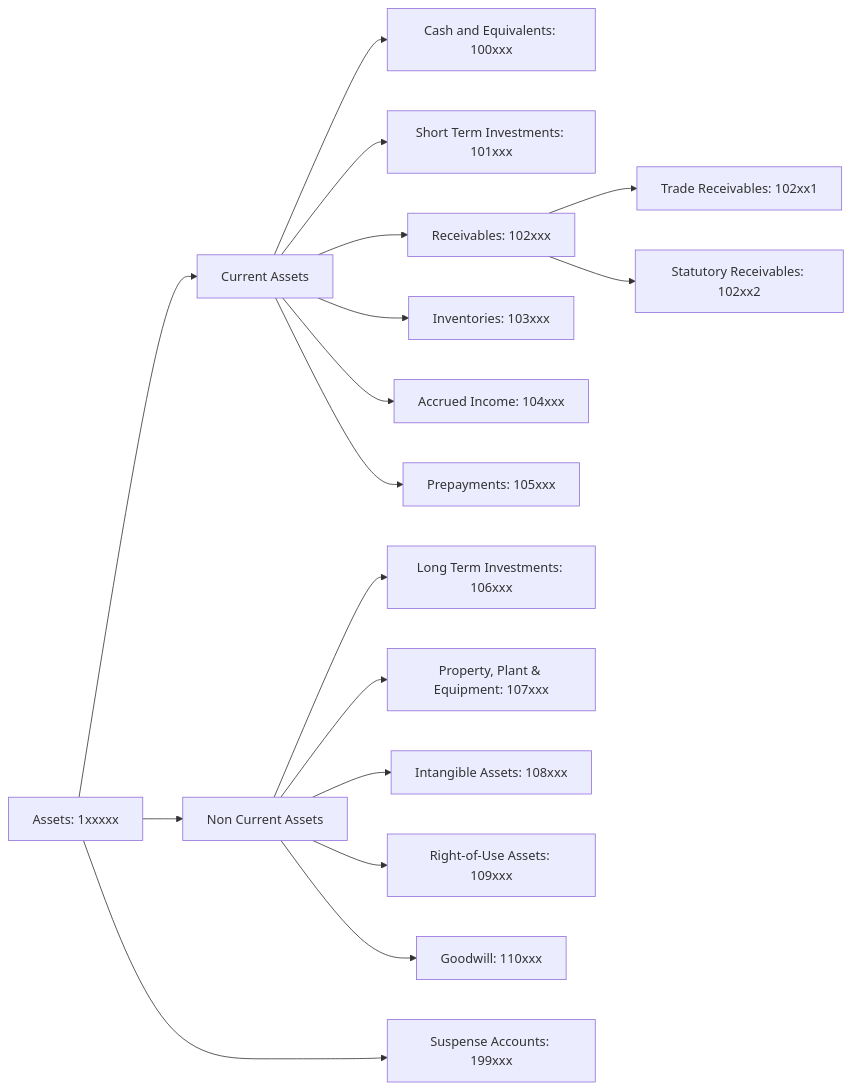
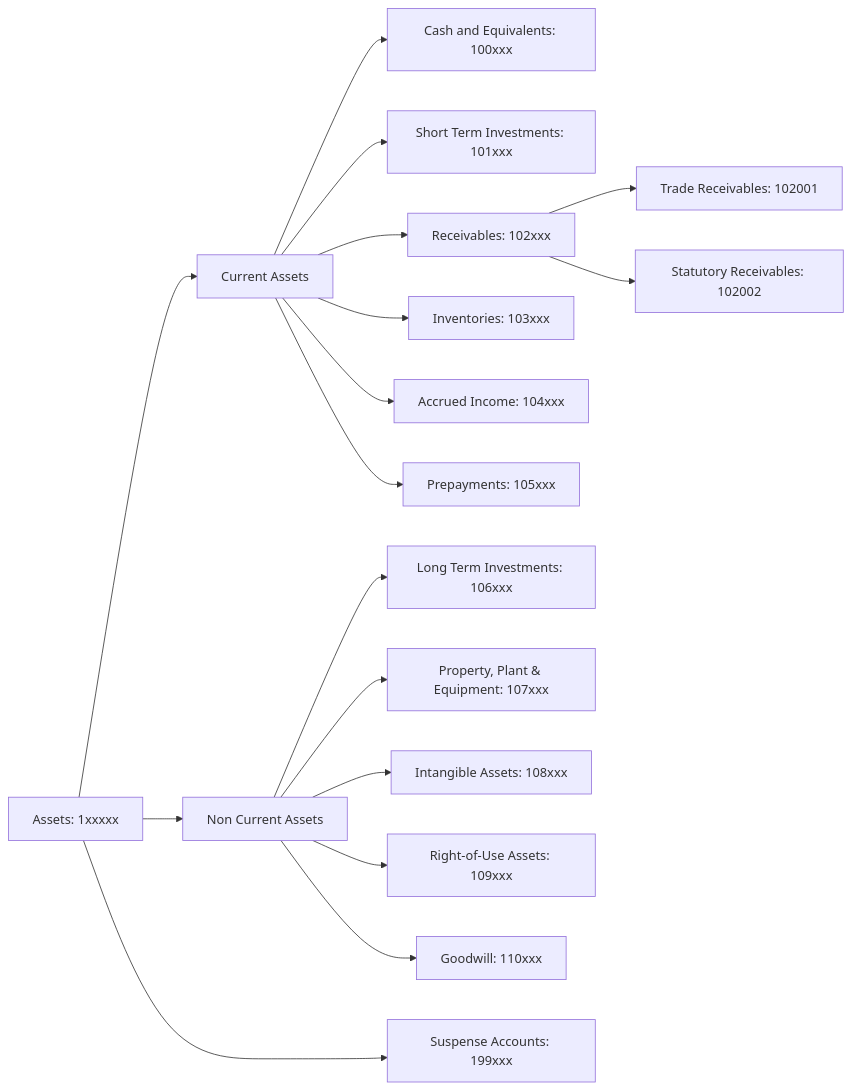
The diagram in src/domain/accounting/__doc__/assets/coa-assets.mermaid (oosahon/ledgernova-core), drawn with Mermaid before and after one commit. The commit also changed 12 other files, not shown here.

```diff
--- a/src/domain/accounting/__doc__/assets/coa-assets.mermaid
+++ b/src/domain/accounting/__doc__/assets/coa-assets.mermaid
@@ -1,26 +1,26 @@
 flowchart LR
     Assets["Assets: 1xxxxx"] --> CAssets & NCAssets & SuspenseAccounts
 
     SuspenseAccounts["Suspense Accounts: 199xxx"]
     CAssets["Current Assets"]  
         CAssets --> Cash["Cash and Equivalents: 100xxx"]
         CAssets --> STInvestments["Short Term Investments: 101xxx"]
         CAssets --> Receivables["Receivables: 102xxx"] 
-            Receivables --> TradeReceivables["Trade Receivables: 102xx1"]
-            Receivables --> StatutoryReceivables["Statutory Receivables: 102xx2"]
+            Receivables --> TradeReceivables["Trade Receivables: 102001"]
+            Receivables --> StatutoryReceivables["Statutory Receivables: 102002"]
             
         CAssets --> Inventories["Inventories: 103xxx"]
         CAssets --> AccruedIncome["Accrued Income: 104xxx"]
         CAssets --> Prepayments["Prepayments: 105xxx"]
 
 
       
 
     NCAssets["Non Current Assets"]
         NCAssets --> LTInvestments["Long Term Investments: 106xxx"]
         NCAssets --> PPE["Property, Plant & Equipment: 107xxx"]
         NCAssets --> IntangibleAssets["Intangible Assets: 108xxx"]
         NCAssets --> ROU["Right-of-Use Assets: 109xxx"]
         NCAssets --> Goodwill["Goodwill: 110xxx"]
         
     NCAssets ~~~ SuspenseAccounts
```
